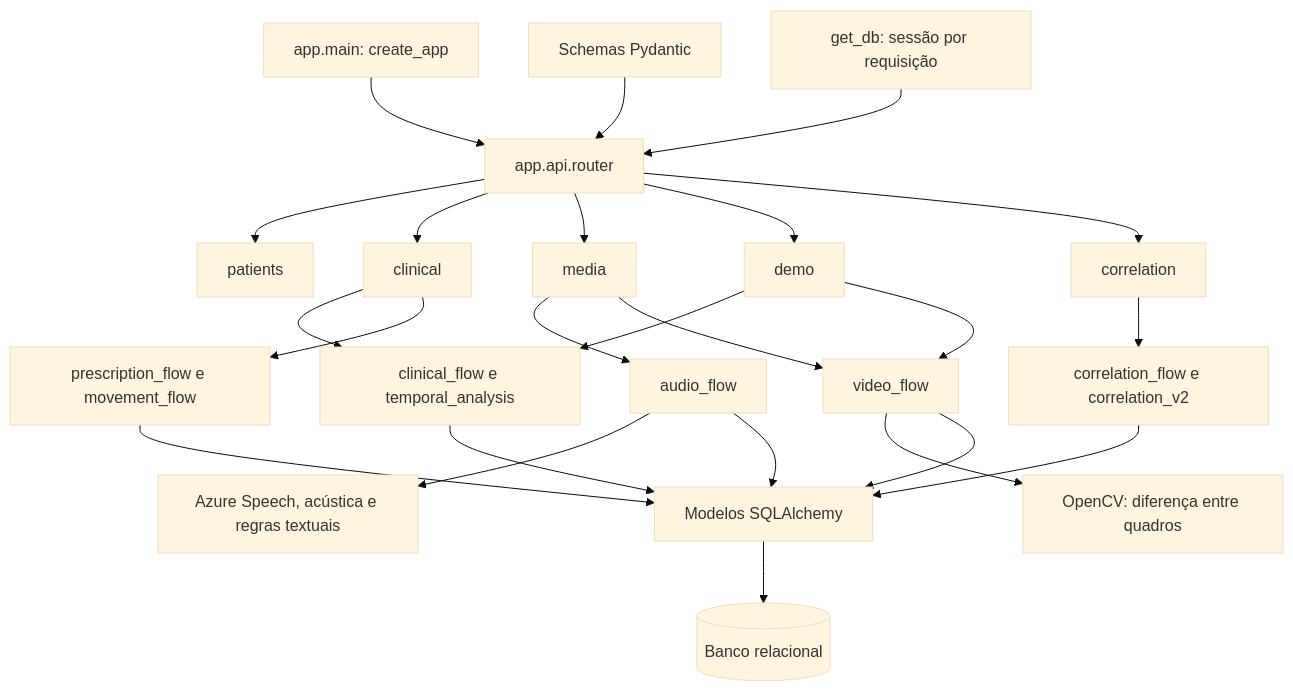
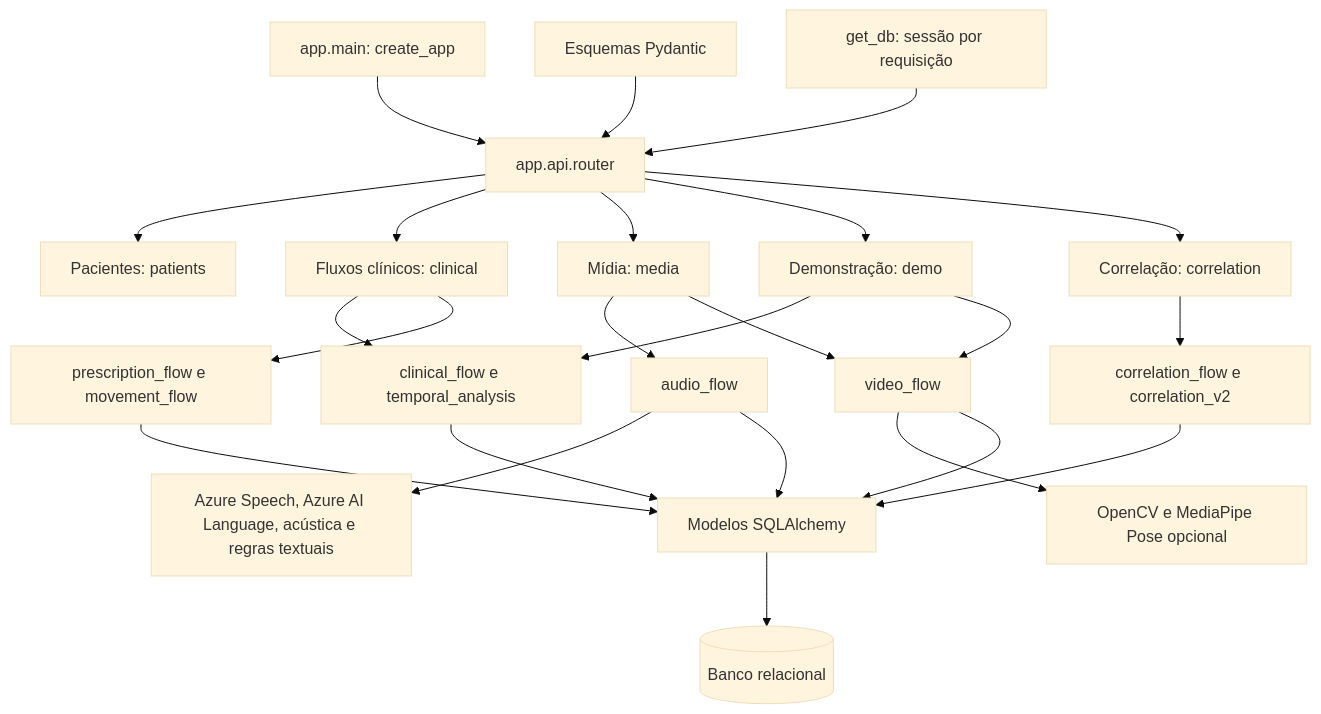
The second of 10 diagrams in docs/DIAGRAMS.md (mo1sess/tech-challenge-fiap-fase-4), drawn with Mermaid (base theme) before and after one commit. The commit also changed other lines of this file and 61 other files, not shown here.

````diff
--- a/docs/DIAGRAMS.md
+++ b/docs/DIAGRAMS.md
@@ -25,26 +27,26 @@
 ```mermaid
 flowchart TD
     MAIN[app.main: create_app] --> ROUTER[app.api.router]
-    ROUTER --> P[patients]
-    ROUTER --> C[clinical]
-    ROUTER --> M[media]
-    ROUTER --> D[demo]
-    ROUTER --> R[correlation]
-    SCH[Schemas Pydantic] --> ROUTER
+    ROUTER --> P[Pacientes: patients]
+    ROUTER --> C[Fluxos clínicos: clinical]
+    ROUTER --> M[Mídia: media]
+    ROUTER --> D[Demonstração: demo]
+    ROUTER --> R[Correlação: correlation]
+    SCH[Esquemas Pydantic] --> ROUTER
     DEP[get_db: sessão por requisição] --> ROUTER
     C --> CF[clinical_flow e temporal_analysis]
     C --> OP[prescription_flow e movement_flow]
     M --> AF[audio_flow]
     M --> VF[video_flow]
     D --> CF
     D --> VF
     R --> COR[correlation_flow e correlation_v2]
-    AF --> AUDIO[Azure Speech, acústica e regras textuais]
-    VF --> VIDEO[OpenCV: diferença entre quadros]
+    AF --> AUDIO[Azure Speech, Azure AI Language, acústica e regras textuais]
+    VF --> VIDEO[OpenCV e MediaPipe Pose opcional]
     CF --> ORM[Modelos SQLAlchemy]
     OP --> ORM
     AF --> ORM
     VF --> ORM
     COR --> ORM
     ORM --> DB[(Banco relacional)]
 ```
````
